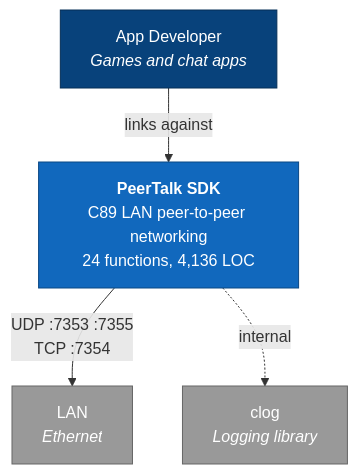
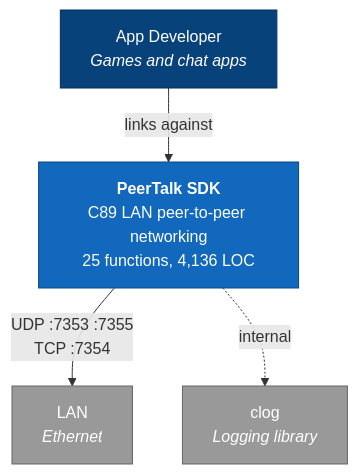
The first of 12 diagrams in ARCHITECTURE.md (matthewdeaves/peertalk), drawn with Mermaid before and after one commit. The commit also changed other lines of this file and 1 other file, not shown here.

Commit message:
Update README and ARCHITECTURE: 24 functions → 25 functions
Reflects PT_DisconnectAll addition from v1.7.0.

````diff
--- a/ARCHITECTURE.md
+++ b/ARCHITECTURE.md
@@ -7,16 +7,16 @@
 ```mermaid
 graph TB
     Dev["App Developer<br/><i>Games and chat apps</i>"]
-    SDK["<b>PeerTalk SDK</b><br/>C89 LAN peer-to-peer networking<br/>24 functions, 4,136 LOC"]
+    SDK["<b>PeerTalk SDK</b><br/>C89 LAN peer-to-peer networking<br/>25 functions, 4,136 LOC"]
     LAN["LAN<br/><i>Ethernet</i>"]
     Clog["clog<br/><i>Logging library</i>"]
 
     Dev -->|"links against"| SDK
     SDK -->|"UDP :7353 :7355<br/>TCP :7354"| LAN
     SDK -.->|"internal"| Clog
 
     style SDK fill:#1168bd,stroke:#0b4884,color:#fff
     style Dev fill:#08427b,stroke:#052e56,color:#fff
     style LAN fill:#999,stroke:#666,color:#fff
     style Clog fill:#999,stroke:#666,color:#fff
 ```
````
